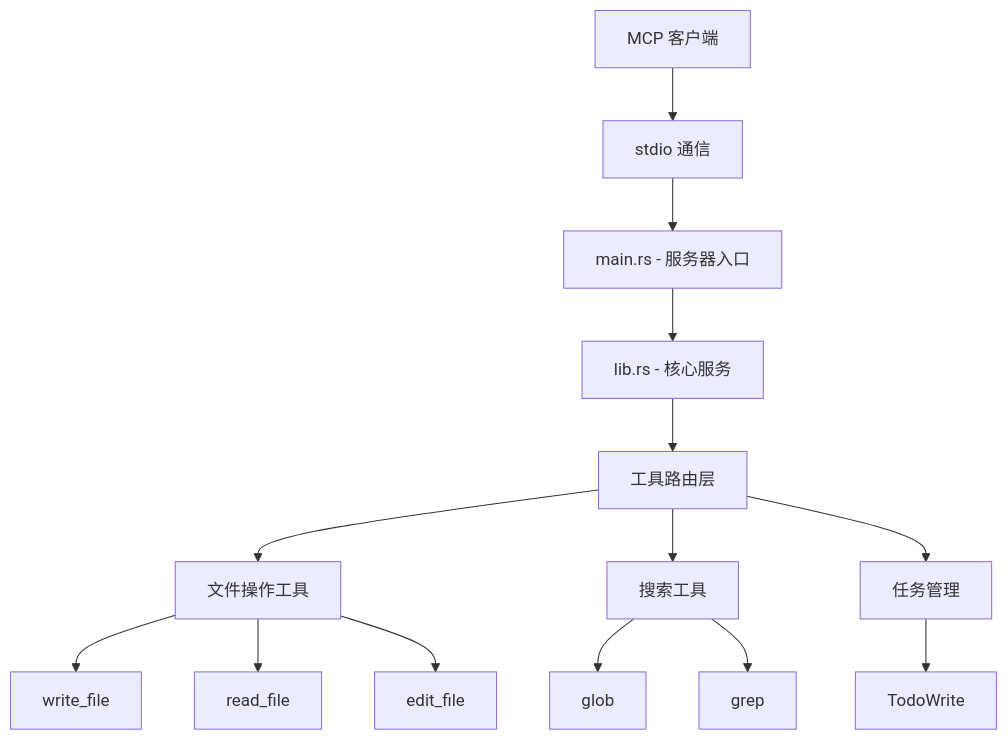
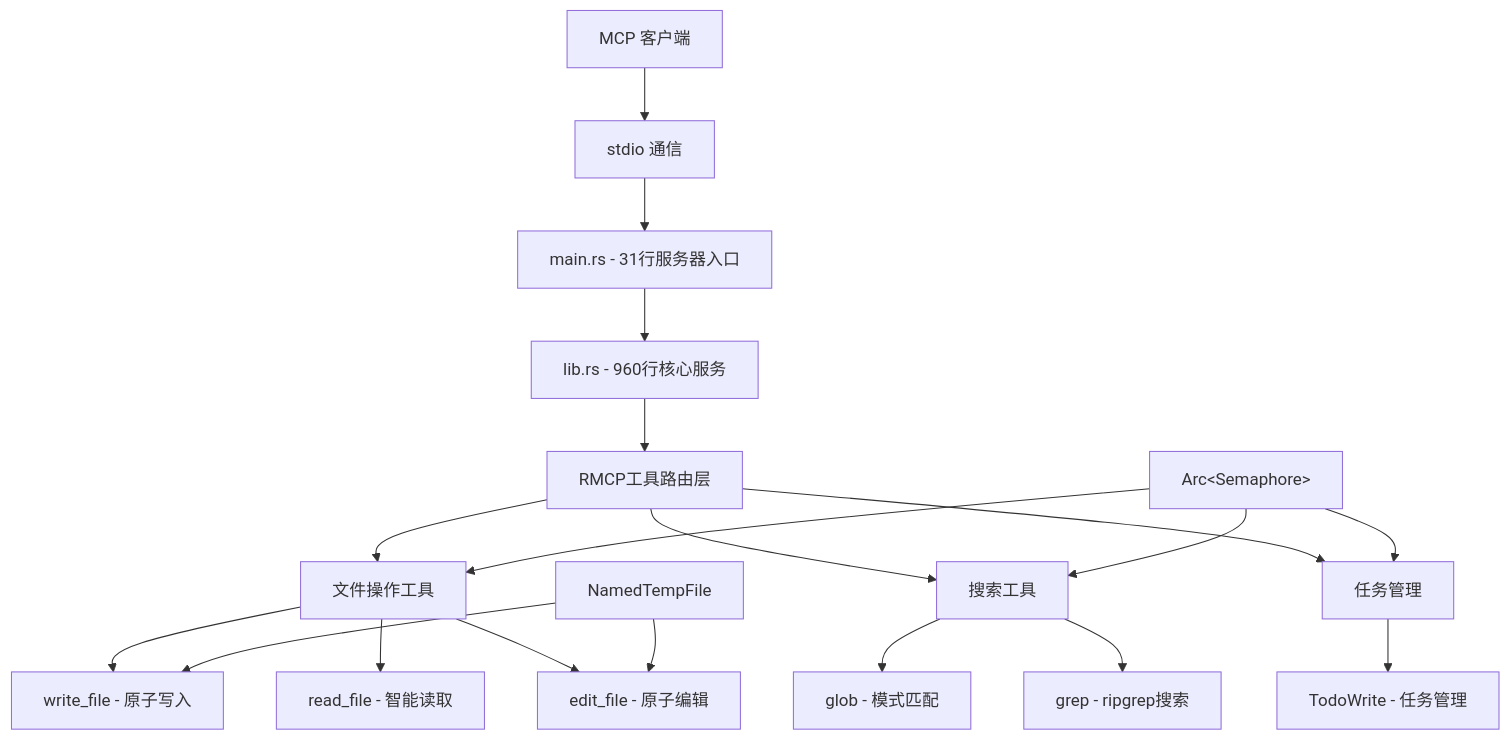
One commit to x1t/windows-file-tools-mcp-rust changed the diagram in README.md. Above: the diagram before and after it, drawn with Mermaid. The commit also changed other lines of this file and 2 other files, not shown here.

````diff
--- a/README.md
+++ b/README.md
@@ -89,16 +92,21 @@
 ```mermaid
 graph TB
     A[MCP 客户端] --> B[stdio 通信]
-    B --> C[main.rs - 服务器入口]
-    C --> D[lib.rs - 核心服务]
-    D --> E[工具路由层]
+    B --> C[main.rs - 31行服务器入口]
+    C --> D[lib.rs - 960行核心服务]
+    D --> E[RMCP工具路由层]
     E --> F[文件操作工具]
     E --> G[搜索工具]
     E --> H[任务管理]
-    F --> F1[write_file]
-    F --> F2[read_file]
-    F --> F3[edit_file]
-    G --> G1[glob]
-    G --> G2[grep]
-    H --> H1[TodoWrite]
+    F --> F1[write_file - 原子写入]
+    F --> F2[read_file - 智能读取]
+    F --> F3[edit_file - 原子编辑]
+    G --> G1[glob - 模式匹配]
+    G --> G2[grep - ripgrep搜索]
+    H --> H1[TodoWrite - 任务管理]
+    I[Arc&lt;Semaphore&gt;] --> F
+    I --> G
+    I --> H
+    J[NamedTempFile] --> F1
+    J --> F3
 ```
````
